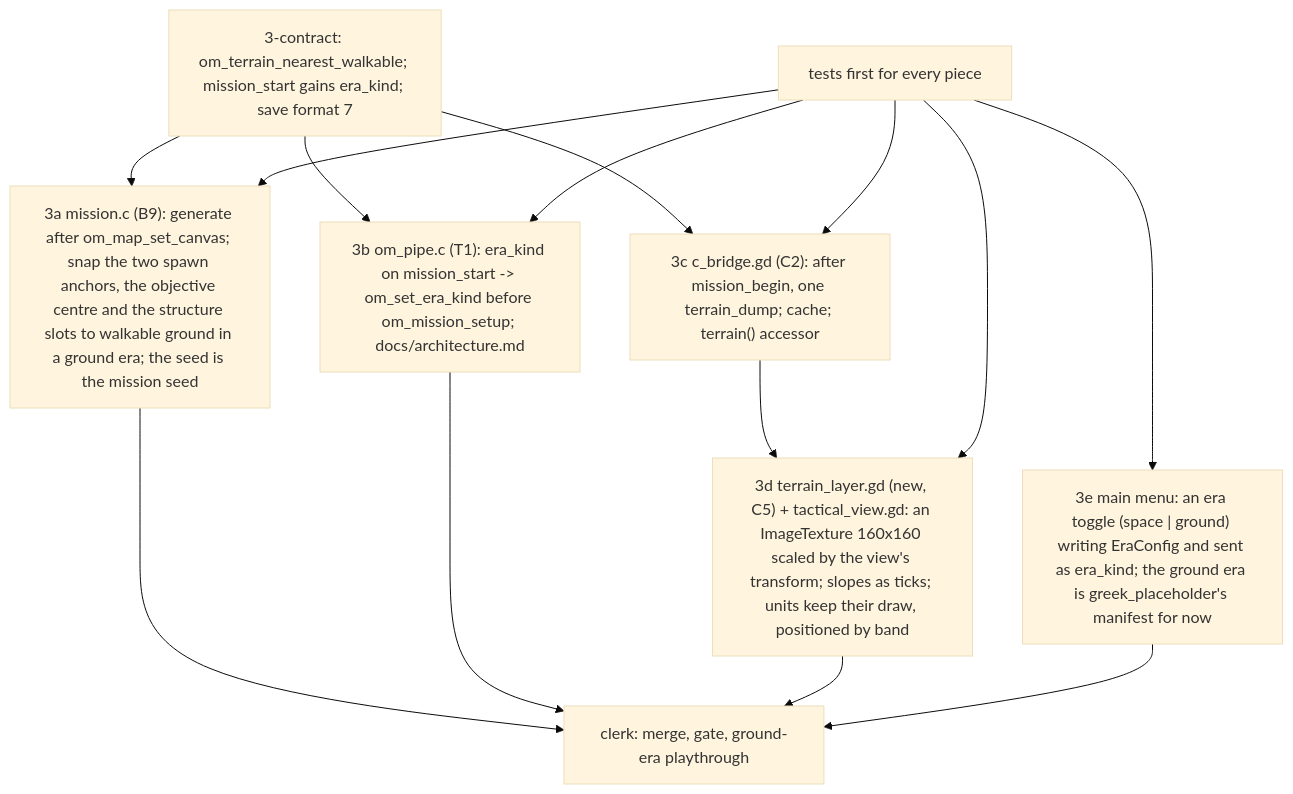
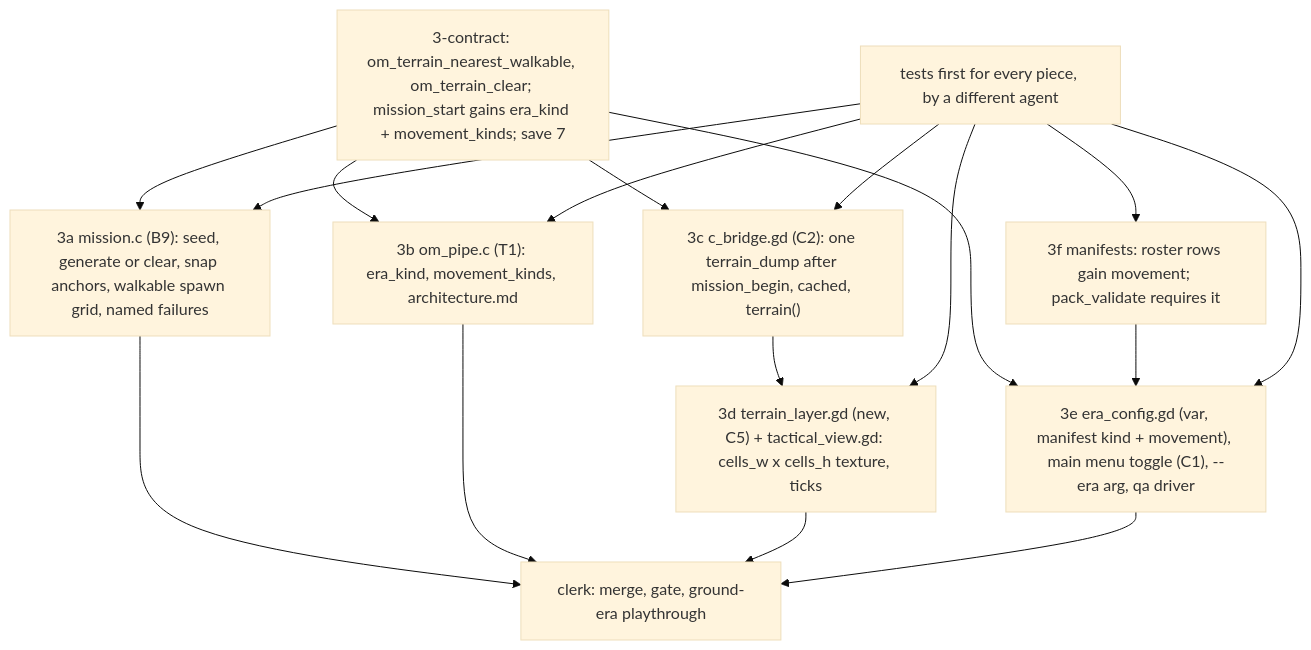
The second of 2 diagrams in docs/northstar/plans/2026-10-06-terrain-stage3-spec.md (Westopoli/ouroboros-manifold), drawn with Mermaid (base theme) before and after one commit. The commit also changed other lines of this file, not shown here.

First line of the commit message:
terrain stage 3 spec rev 2: fold the Sonnet audit (movement kinds piece, seed, terrain clear, era var, --era arg, save 7 purpose, texture size)

````diff
--- a/docs/northstar/plans/2026-10-06-terrain-stage3-spec.md
+++ b/docs/northstar/plans/2026-10-06-terrain-stage3-spec.md
@@ -22,17 +37,20 @@
 ```mermaid
 flowchart TD
-    C0["3-contract: om_terrain_nearest_walkable; mission_start gains era_kind; save format 7"] --> P1
+    C0["3-contract: om_terrain_nearest_walkable, om_terrain_clear; mission_start gains era_kind + movement_kinds; save 7"] --> P1
     C0 --> P2
     C0 --> P3
-    P1["3a mission.c (B9): generate after om_map_set_canvas; snap the two spawn anchors, the objective centre and the structure slots to walkable ground in a ground era; the seed is the mission seed"] --> L
-    P2["3b om_pipe.c (T1): era_kind on mission_start -> om_set_era_kind before om_mission_setup; docs/architecture.md"] --> L
-    P3["3c c_bridge.gd (C2): after mission_begin, one terrain_dump; cache; terrain() accessor"] --> P4
-    P4["3d terrain_layer.gd (new, C5) + tactical_view.gd: an ImageTexture 160x160 scaled by the view's transform; slopes as ticks; units keep their draw, positioned by band"] --> L
-    P5["3e main menu: an era toggle (space | ground) writing EraConfig and sent as era_kind; the ground era is greek_placeholder's manifest for now"] --> L
+    C0 --> P5
+    P1["3a mission.c (B9): seed, generate or clear, snap anchors, walkable spawn grid, named failures"] --> L
+    P2["3b om_pipe.c (T1): era_kind, movement_kinds, architecture.md"] --> L
+    P3["3c c_bridge.gd (C2): one terrain_dump after mission_begin, cached, terrain()"] --> P4
+    P4["3d terrain_layer.gd (new, C5) + tactical_view.gd: cells_w x cells_h texture, ticks"] --> L
+    P5["3e era_config.gd (var, manifest kind + movement), main menu toggle (C1), --era arg, qa driver"] --> L
+    P6["3f manifests: roster rows gain movement; pack_validate requires it"] --> P5
     L["clerk: merge, gate, ground-era playthrough"]
-    T["tests first for every piece"] --> P1
+    T["tests first for every piece, by a different agent"] --> P1
     T --> P2
     T --> P3
     T --> P4
     T --> P5
+    T --> P6
 ```
````
